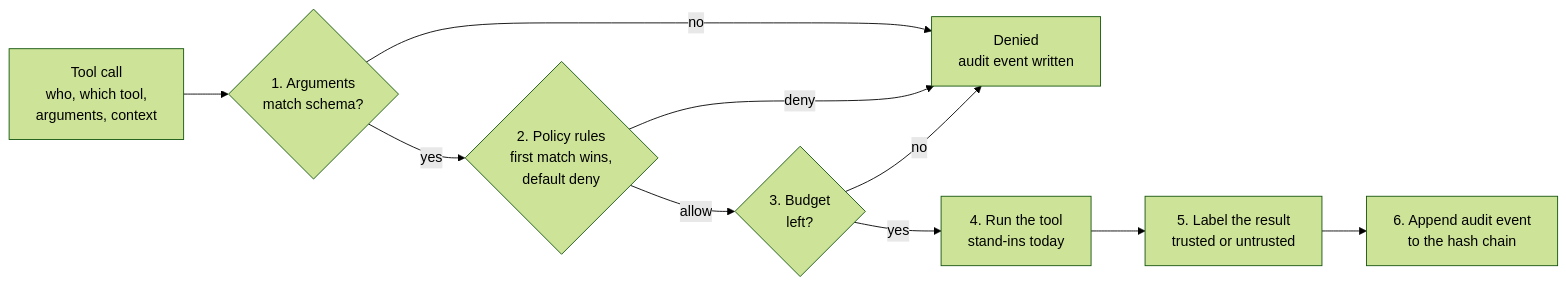
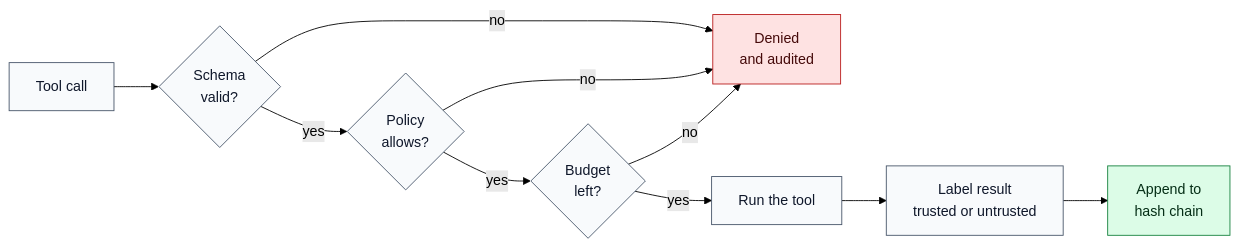
One commit to Thunderk3g/Arbor changed the fourth of 4 diagrams in README.md. Above: the diagram before and after it, drawn with Mermaid (forest theme). The commit also changed other lines of this file, not shown here.

````diff
--- a/README.md
+++ b/README.md
@@ -272,12 +300,19 @@
 ```mermaid
 flowchart LR
-    call["Tool call<br/>who, which tool,<br/>arguments, context"] --> schema{"1. Arguments<br/>match schema?"}
-    schema -- no --> denied["Denied<br/>audit event written"]
-    schema -- yes --> policy{"2. Policy rules<br/>first match wins,<br/>default deny"}
-    policy -- deny --> denied
-    policy -- allow --> budget{"3. Budget<br/>left?"}
+    call["Tool call"] --> schema{"Schema<br/>valid?"}
+    schema -- no --> denied["Denied<br/>and audited"]
+    schema -- yes --> policy{"Policy<br/>allows?"}
+    policy -- no --> denied
+    policy -- yes --> budget{"Budget<br/>left?"}
     budget -- no --> denied
-    budget -- yes --> run["4. Run the tool<br/>stand-ins today"]
-    run --> tag["5. Label the result<br/>trusted or untrusted"]
-    tag --> audit["6. Append audit event<br/>to the hash chain"]
+    budget -- yes --> run["Run the tool"]
+    run --> tag["Label result<br/>trusted or untrusted"]
+    tag --> audit["Append to<br/>hash chain"]
+
+    classDef code fill:#F8FAFC,stroke:#475569,color:#0F172A
+    classDef bad fill:#FEE2E2,stroke:#B91C1C,color:#450A0A
+    classDef ok fill:#DCFCE7,stroke:#15803D,color:#052E16
+    class call,schema,policy,budget,run,tag code
+    class denied bad
+    class audit ok
 ```
````
